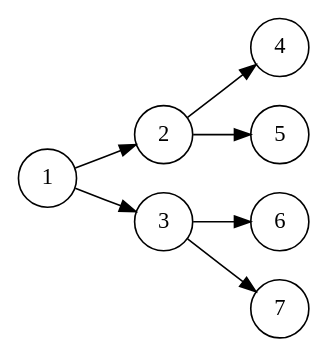
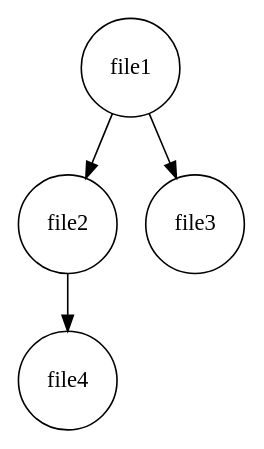
Before and after one commit to duongdo27/Dealii: the diagram in graphviz/grap2.dot, drawn with Graphviz. The commit also changed 85 other files, not shown here.

```diff
--- a/graphviz/grap2.dot
+++ b/graphviz/grap2.dot
@@ -1,10 +1,6 @@
 digraph finite_state {
-    rankdir=LR;
     node [shape = circle];
-	1 -> 2 [label = ""];
-	1 -> 3 [label = ""];
-	2 -> 4 [label = ""];
-	2 -> 5 [label = ""];
-	3 -> 6 [label = ""];
-	3 -> 7 [label = ""];
+	file1 ->  file2 [label = ""];
+	file1 ->  file3 [label = ""];
+	file2 ->  file4 [label = ""];
 }
```
